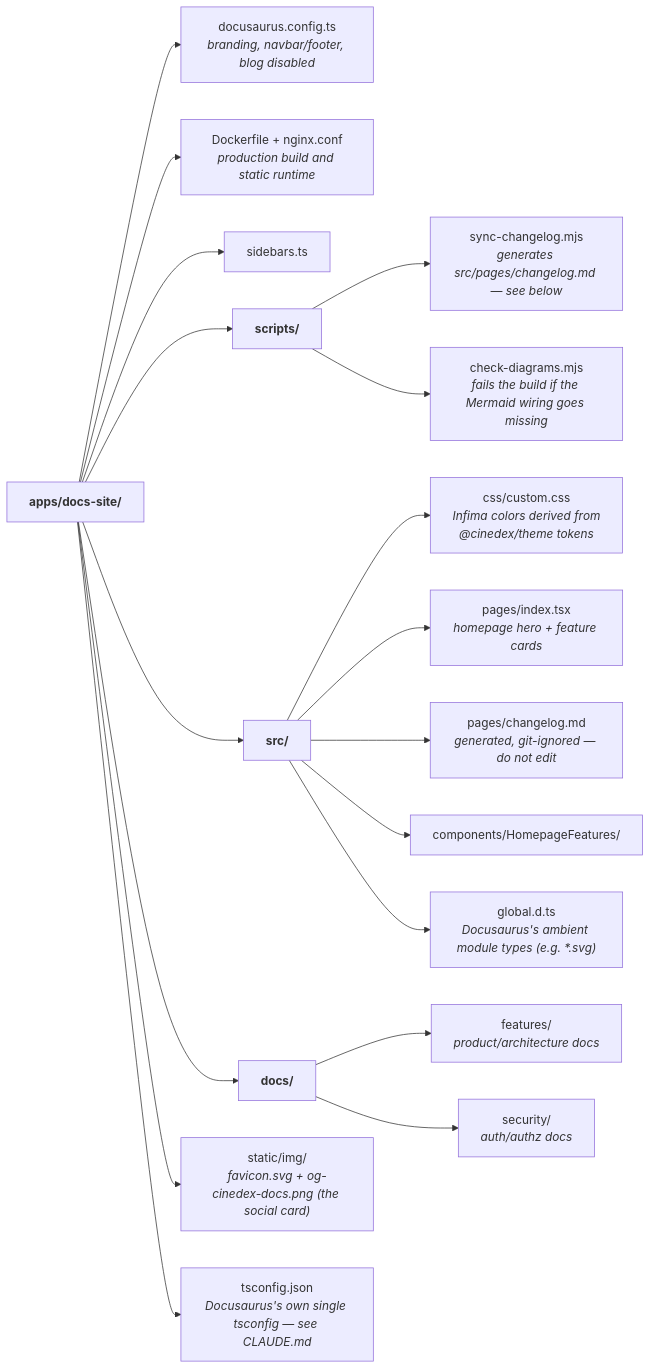
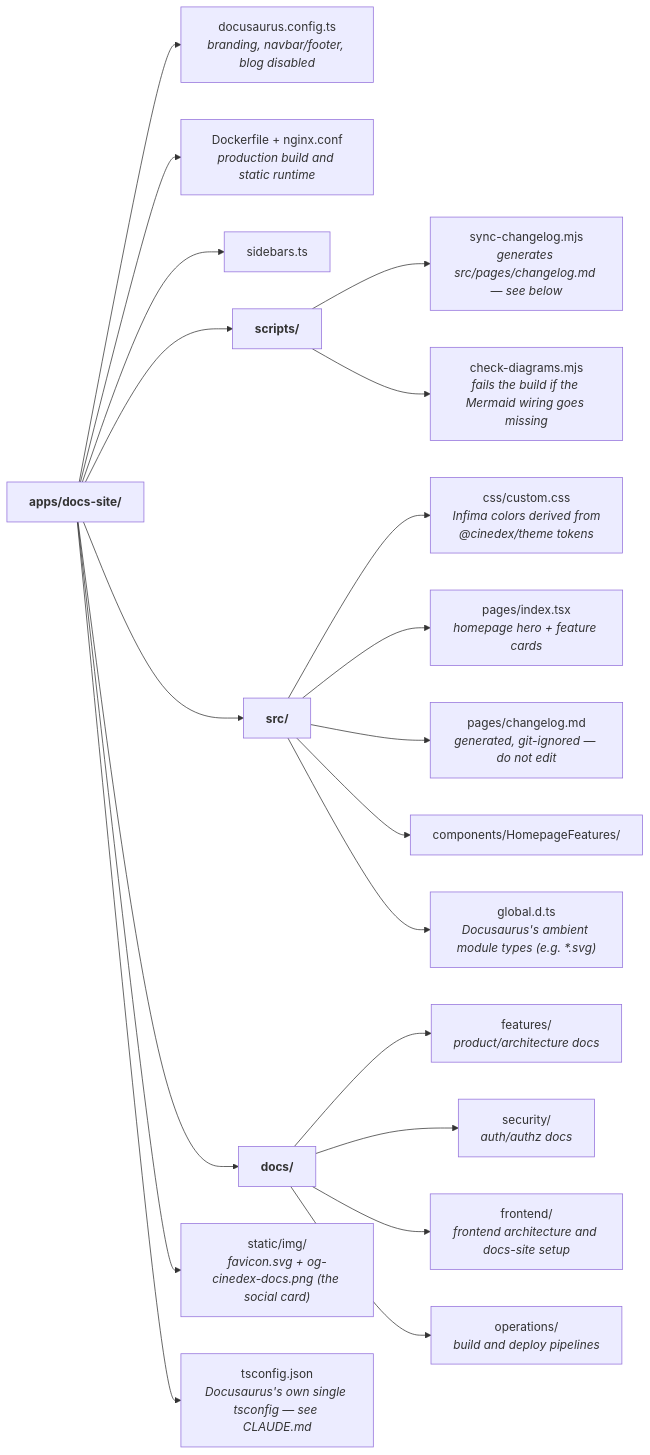
The diagram in frontend/apps/docs-site/README.md (felipedferreira/Cinedex), drawn with Mermaid before and after one commit. The commit also changed other lines of this file and 4 other files, not shown here.

Commit message:
Document build and deploy pipelines

````diff
--- a/frontend/apps/docs-site/README.md
+++ b/frontend/apps/docs-site/README.md
@@ -16,25 +16,27 @@
 ```mermaid
 flowchart LR
     DS["<b>apps/docs-site/</b>"]
 
     DS --> CFG["docusaurus.config.ts<br/><i>branding, navbar/footer, blog disabled</i>"]
     DS --> DOCKER["Dockerfile + nginx.conf<br/><i>production build and static runtime</i>"]
     DS --> SB["sidebars.ts"]
     DS --> SCRIPTS["<b>scripts/</b>"]
     DS --> SRC["<b>src/</b>"]
     DS --> DOCS["<b>docs/</b>"]
     DS --> STATIC["static/img/<br/><i>favicon.svg + og-cinedex-docs.png (the social card)</i>"]
     DS --> TS["tsconfig.json<br/><i>Docusaurus's own single tsconfig — see CLAUDE.md</i>"]
 
     SCRIPTS --> S1["sync-changelog.mjs<br/><i>generates src/pages/changelog.md — see below</i>"]
     SCRIPTS --> S2["check-diagrams.mjs<br/><i>fails the build if the Mermaid wiring goes missing</i>"]
 
     SRC --> R1["css/custom.css<br/><i>Infima colors derived from<br/>@cinedex/theme tokens</i>"]
     SRC --> R2["pages/index.tsx<br/><i>homepage hero + feature cards</i>"]
     SRC --> R3["pages/changelog.md<br/><i>generated, git-ignored — do not edit</i>"]
     SRC --> R4["components/HomepageFeatures/"]
     SRC --> R5["global.d.ts<br/><i>Docusaurus's ambient module types (e.g. *.svg)</i>"]
 
     DOCS --> D1["features/<br/><i>product/architecture docs</i>"]
     DOCS --> D2["security/<br/><i>auth/authz docs</i>"]
+    DOCS --> D3["frontend/<br/><i>frontend architecture and docs-site setup</i>"]
+    DOCS --> D4["operations/<br/><i>build and deploy pipelines</i>"]
 ```
````
